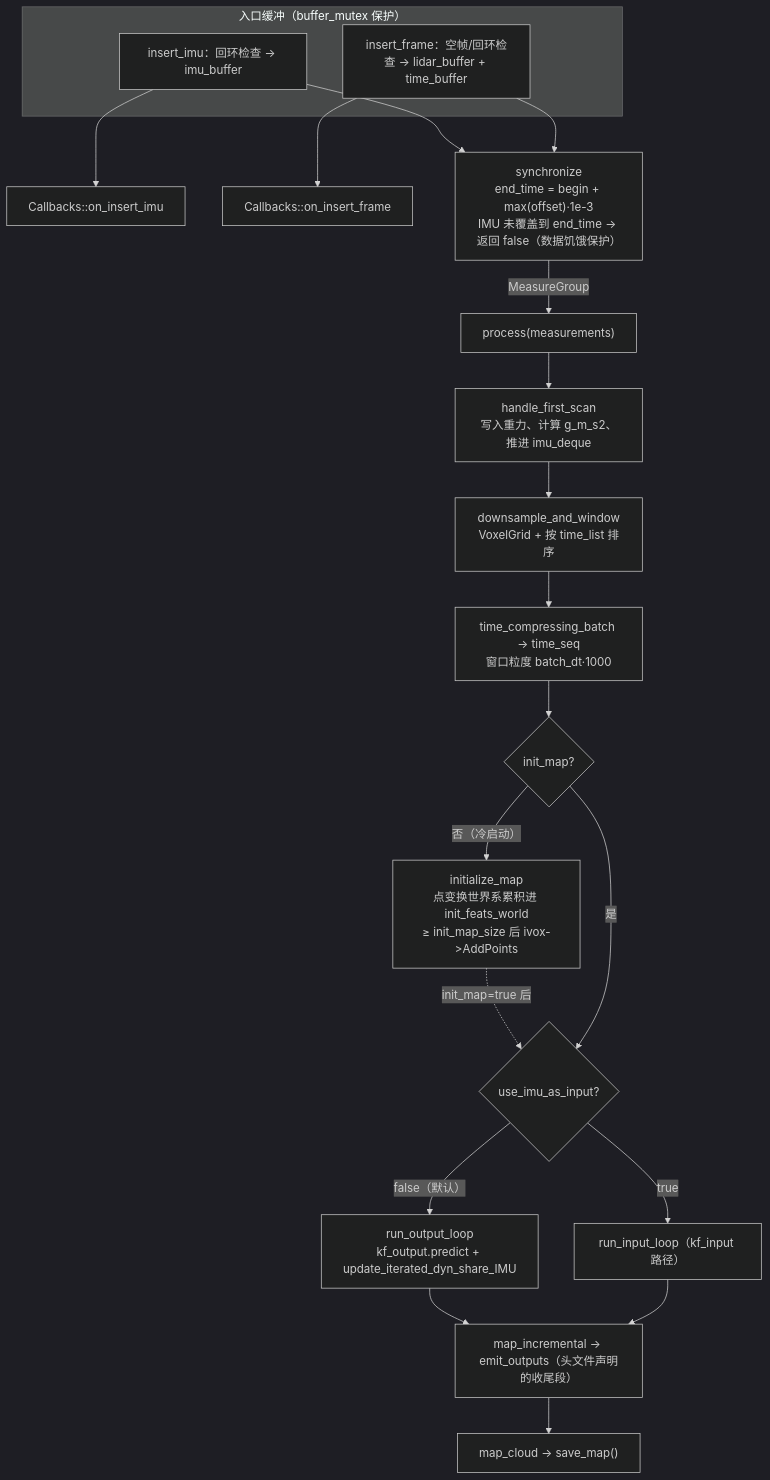
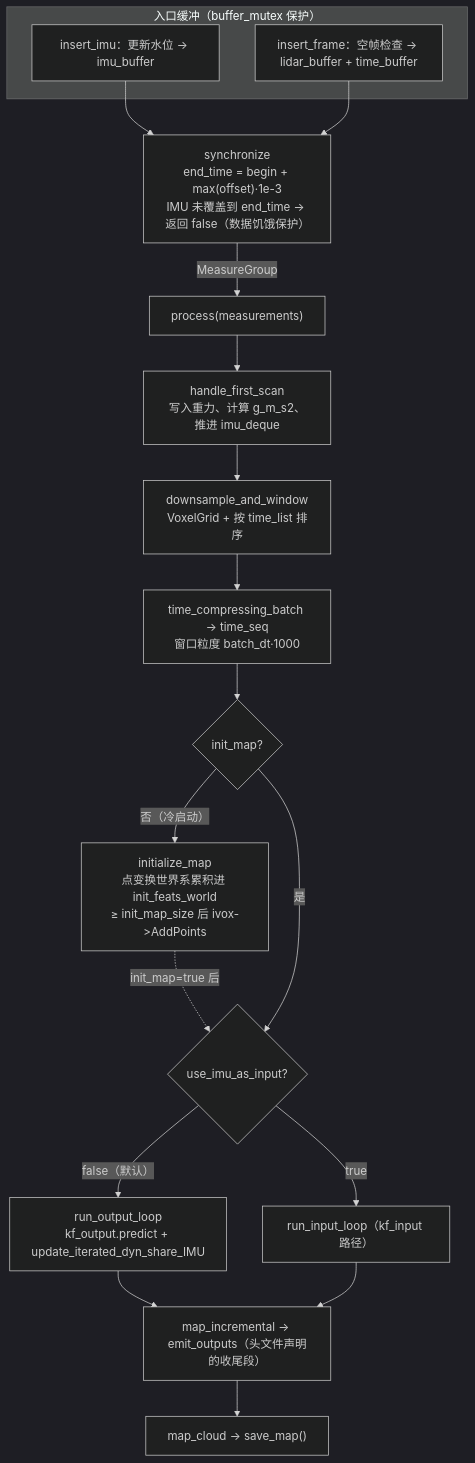
One commit to AphroraC/asuka changed the diagram in docs/wiki/odometry/07.md. Above: the diagram before and after it, drawn with Mermaid (dark theme). The commit also changed other lines of this file and 30 other files, not shown here.

````diff
--- a/docs/wiki/odometry/07.md
+++ b/docs/wiki/odometry/07.md
@@ -59,25 +58,23 @@
 ```mermaid
 flowchart TB
     subgraph BUF["入口缓冲（buffer_mutex 保护）"]
-        A["insert_imu：回环检查 → imu_buffer"]
-        B["insert_frame：空帧/回环检查 → lidar_buffer + time_buffer"]
+        A["insert_imu：更新水位 → imu_buffer"]
+        B["insert_frame：空帧检查 → lidar_buffer + time_buffer"]
     end
-    A --> C["Callbacks::on_insert_imu"]
-    B --> D["Callbacks::on_insert_frame"]
     A --> E
     B --> E
     E["synchronize<br/>end_time = begin + max(offset)·1e-3<br/>IMU 未覆盖到 end_time → 返回 false（数据饥饿保护）"]
     E -->|"MeasureGroup"| F["process(measurements)"]
     F --> G["handle_first_scan<br/>写入重力、计算 g_m_s2、推进 imu_deque"]
     G --> H["downsample_and_window<br/>VoxelGrid + 按 time_list 排序"]
     H --> I["time_compressing_batch → time_seq<br/>窗口粒度 batch_dt·1000"]
     I --> J{"init_map?"}
     J -->|"否（冷启动）"| K["initialize_map<br/>点变换世界系累积进 init_feats_world<br/>≥ init_map_size 后 ivox->AddPoints"]
     K -.->|"init_map=true 后"| L{"use_imu_as_input?"}
     J -->|"是"| L
     L -->|"false（默认）"| M["run_output_loop<br/>kf_output.predict + update_iterated_dyn_share_IMU"]
     L -->|"true"| N["run_input_loop（kf_input 路径）"]
     M --> O["map_incremental → emit_outputs（头文件声明的收尾段）"]
     N --> O
     O --> P["map_cloud → save_map()"]
 ```
````
